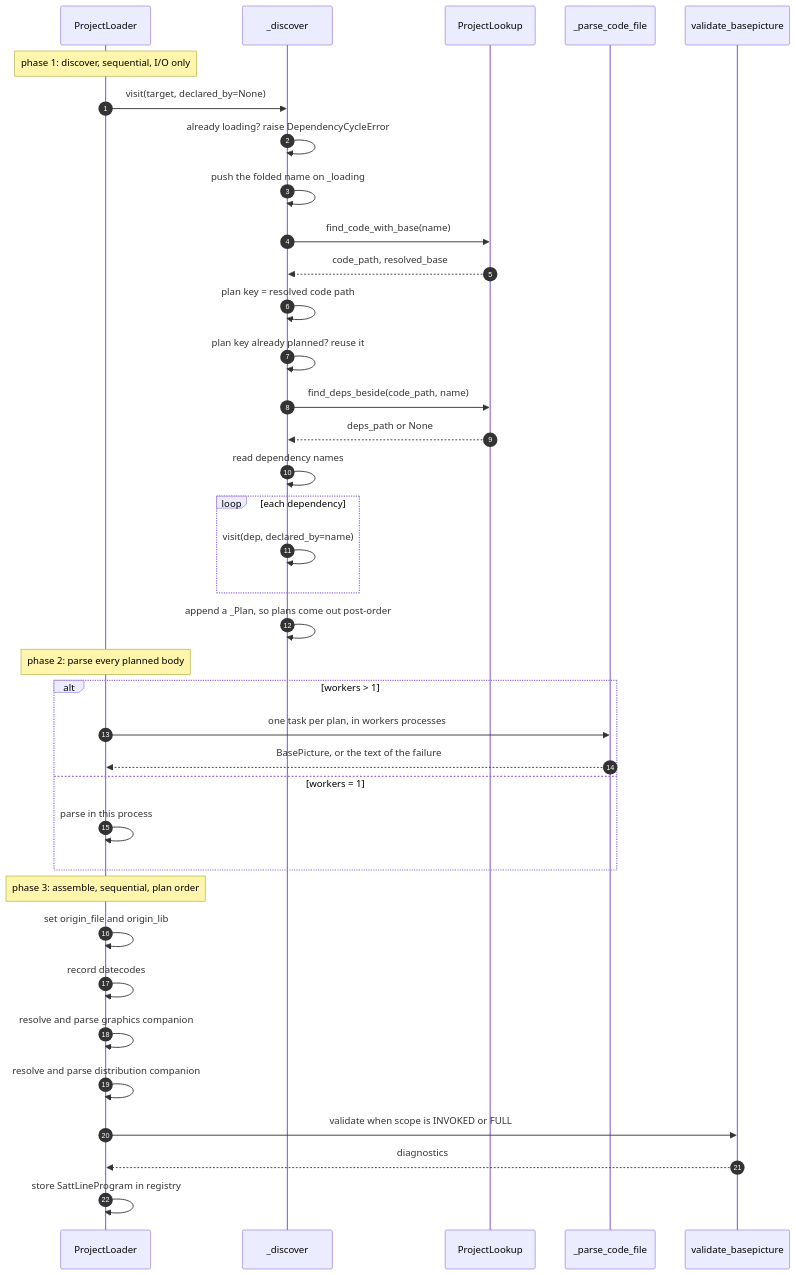
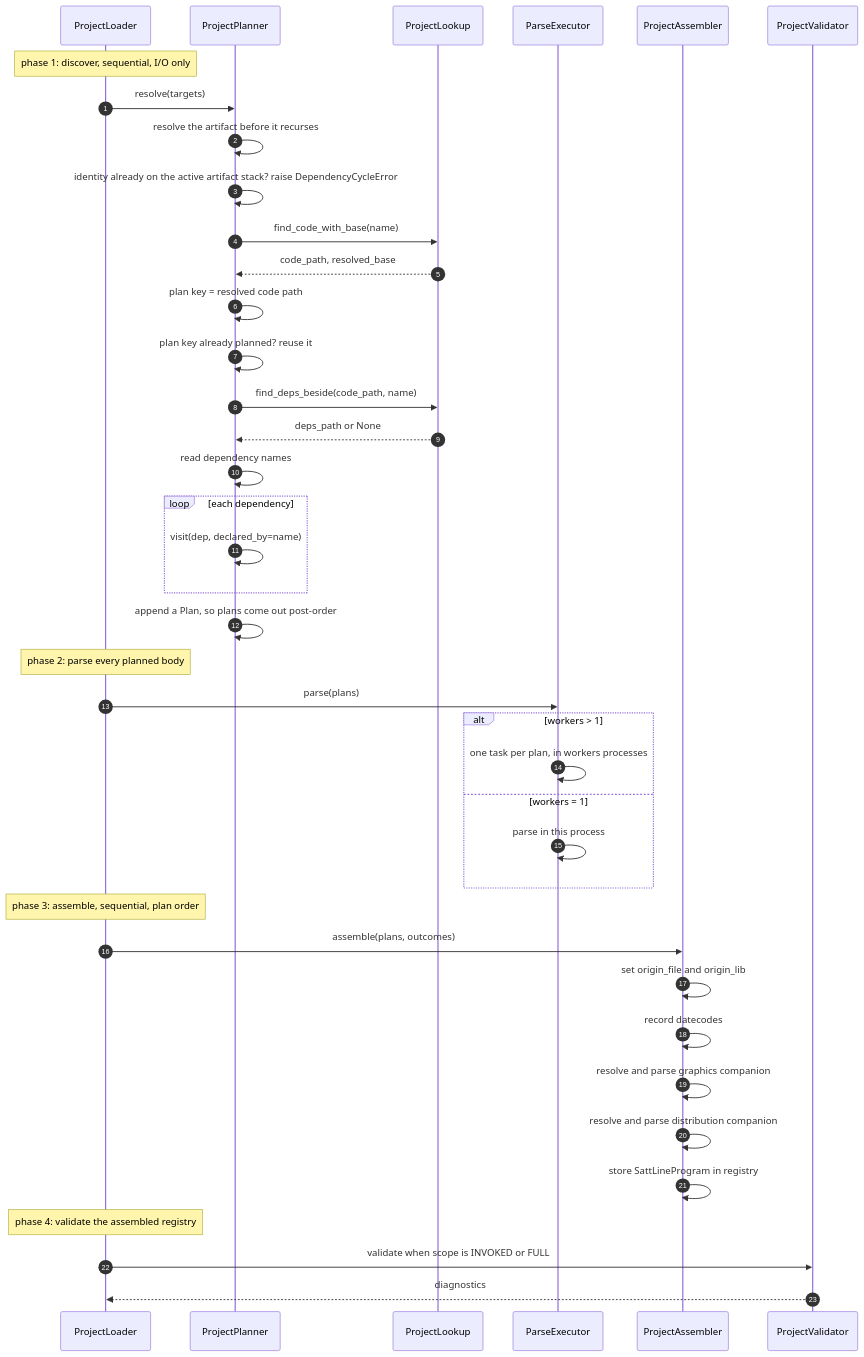
One commit to SorenHJohansen/sattline-parser changed the third of 8 diagrams in docs/project.md. Above: the diagram before and after it, drawn with Mermaid. The commit also changed other lines of this file and 79 other files, not shown here.

````diff
--- a/docs/project.md
+++ b/docs/project.md
@@ -118,40 +118,43 @@
 ```mermaid
 sequenceDiagram
     autonumber
     participant L as ProjectLoader
-    participant V as _discover
+    participant PL as ProjectPlanner
     participant F as ProjectLookup
-    participant P as _parse_code_file
-    participant VAL as validate_basepicture
+    participant X as ParseExecutor
+    participant A as ProjectAssembler
+    participant VAL as ProjectValidator
 
     Note over L: phase 1: discover, sequential, I/O only
-    L->>V: visit(target, declared_by=None)
-    V->>V: already loading? raise DependencyCycleError
-    V->>V: push the folded name on _loading
-    V->>F: find_code_with_base(name)
-    F-->>V: code_path, resolved_base
-    V->>V: plan key = resolved code path
-    V->>V: plan key already planned? reuse it
-    V->>F: find_deps_beside(code_path, name)
-    F-->>V: deps_path or None
-    V->>V: read dependency names
+    L->>PL: resolve(targets)
+    PL->>PL: resolve the artifact before it recurses
+    PL->>PL: identity already on the active artifact stack? raise DependencyCycleError
+    PL->>F: find_code_with_base(name)
+    F-->>PL: code_path, resolved_base
+    PL->>PL: plan key = resolved code path
+    PL->>PL: plan key already planned? reuse it
+    PL->>F: find_deps_beside(code_path, name)
+    F-->>PL: deps_path or None
+    PL->>PL: read dependency names
     loop each dependency
-        V->>V: visit(dep, declared_by=name)
+        PL->>PL: visit(dep, declared_by=name)
     end
-    V->>V: append a _Plan, so plans come out post-order
+    PL->>PL: append a Plan, so plans come out post-order
     Note over L: phase 2: parse every planned body
+    L->>X: parse(plans)
     alt workers > 1
-        L->>P: one task per plan, in workers processes
-        P-->>L: BasePicture, or the text of the failure
+        X->>X: one task per plan, in workers processes
     else workers = 1
-        L->>L: parse in this process
+        X->>X: parse in this process
     end
     Note over L: phase 3: assemble, sequential, plan order
-    L->>L: set origin_file and origin_lib
-    L->>L: record datecodes
-    L->>L: resolve and parse graphics companion
-    L->>L: resolve and parse distribution companion
+    L->>A: assemble(plans, outcomes)
+    A->>A: set origin_file and origin_lib
+    A->>A: record datecodes
+    A->>A: resolve and parse graphics companion
+    A->>A: resolve and parse distribution companion
+    A->>A: store SattLineProgram in registry
+    Note over L: phase 4: validate the assembled registry
     L->>VAL: validate when scope is INVOKED or FULL
     VAL-->>L: diagnostics
-    L->>L: store SattLineProgram in registry
 ```
````
